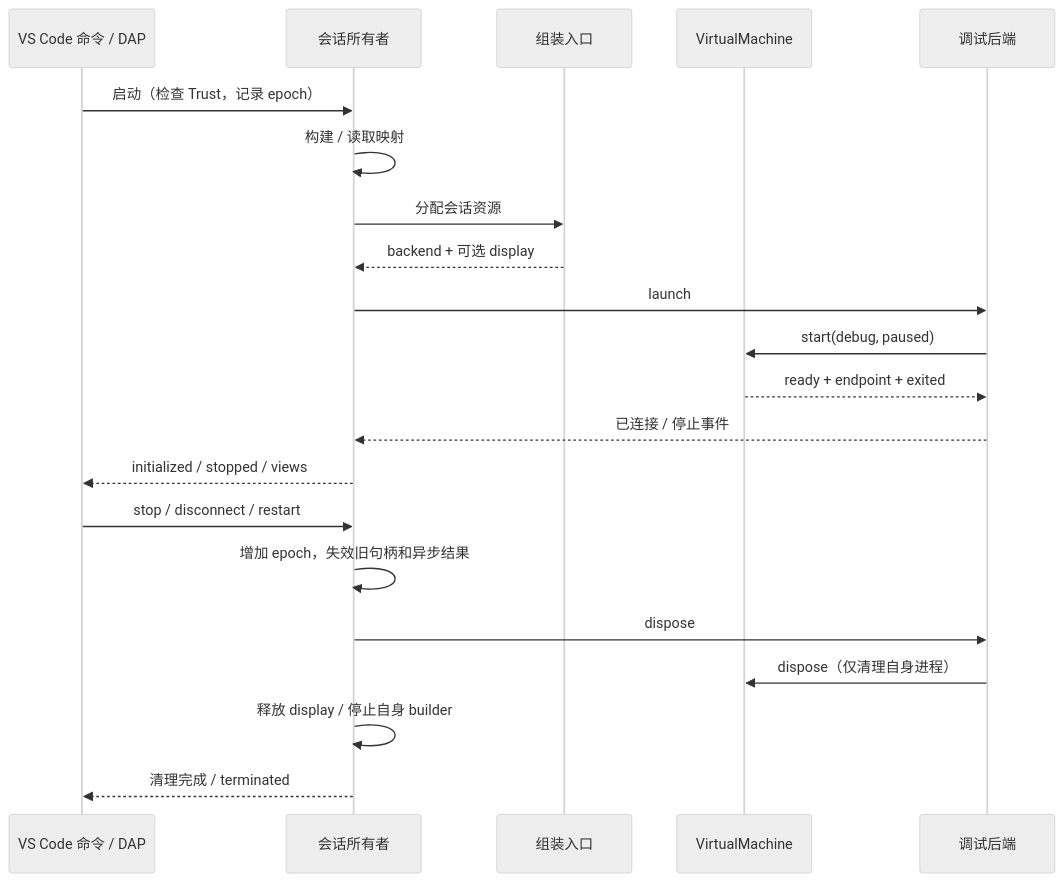
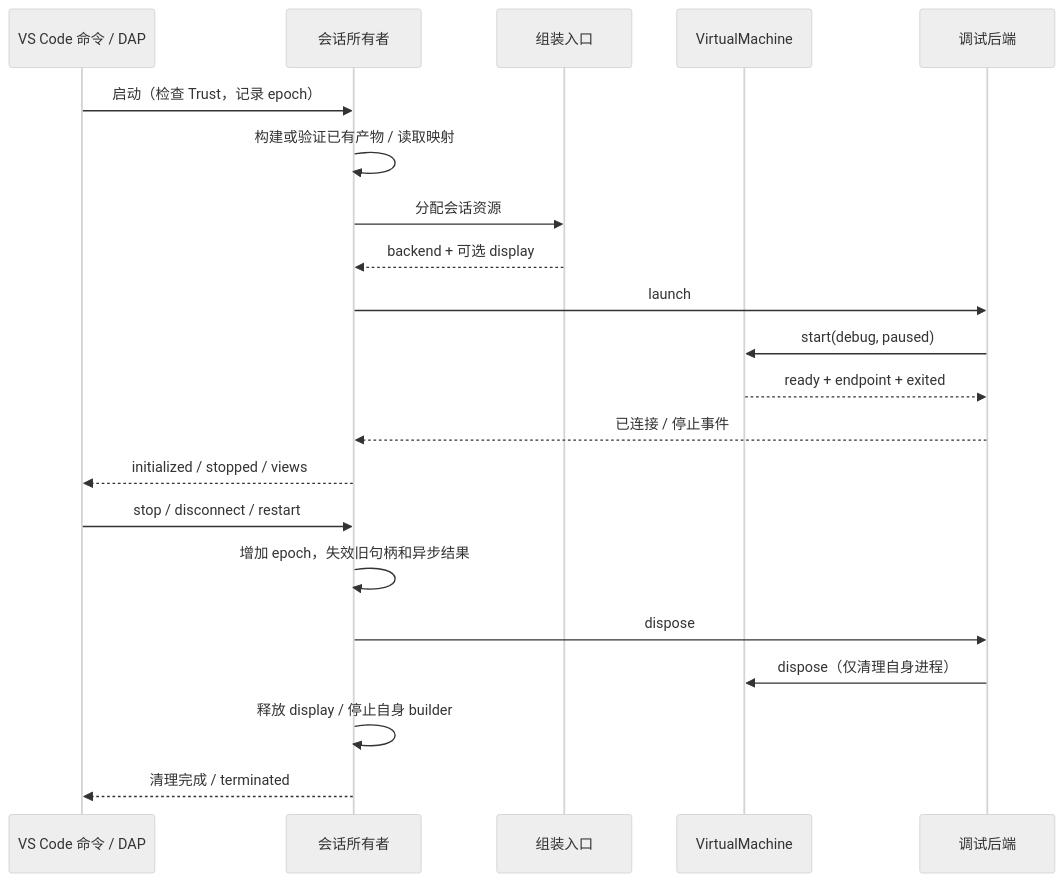
The second of 2 diagrams in docs/ARCHITECTURE.md (nothingzhl/vscode-qemu-asm), drawn with Mermaid (neutral theme) before and after one commit. The commit also changed other lines of this file and 41 other files, not shown here.

````diff
--- a/docs/ARCHITECTURE.md
+++ b/docs/ARCHITECTURE.md
@@ -93,23 +93,23 @@
 ```mermaid
 sequenceDiagram
     participant Host as VS Code 命令 / DAP
     participant Session as 会话所有者
     participant Factory as 组装入口
     participant VM as VirtualMachine
     participant Backend as 调试后端
     Host->>Session: 启动（检查 Trust，记录 epoch）
-    Session->>Session: 构建 / 读取映射
+    Session->>Session: 构建或验证已有产物 / 读取映射
     Session->>Factory: 分配会话资源
     Factory-->>Session: backend + 可选 display
     Session->>Backend: launch
     Backend->>VM: start(debug, paused)
     VM-->>Backend: ready + endpoint + exited
     Backend-->>Session: 已连接 / 停止事件
     Session-->>Host: initialized / stopped / views
     Host->>Session: stop / disconnect / restart
     Session->>Session: 增加 epoch，失效旧句柄和异步结果
     Session->>Backend: dispose
     Backend->>VM: dispose（仅清理自身进程）
     Session->>Session: 释放 display / 停止自身 builder
     Session-->>Host: 清理完成 / terminated
 ```
````
